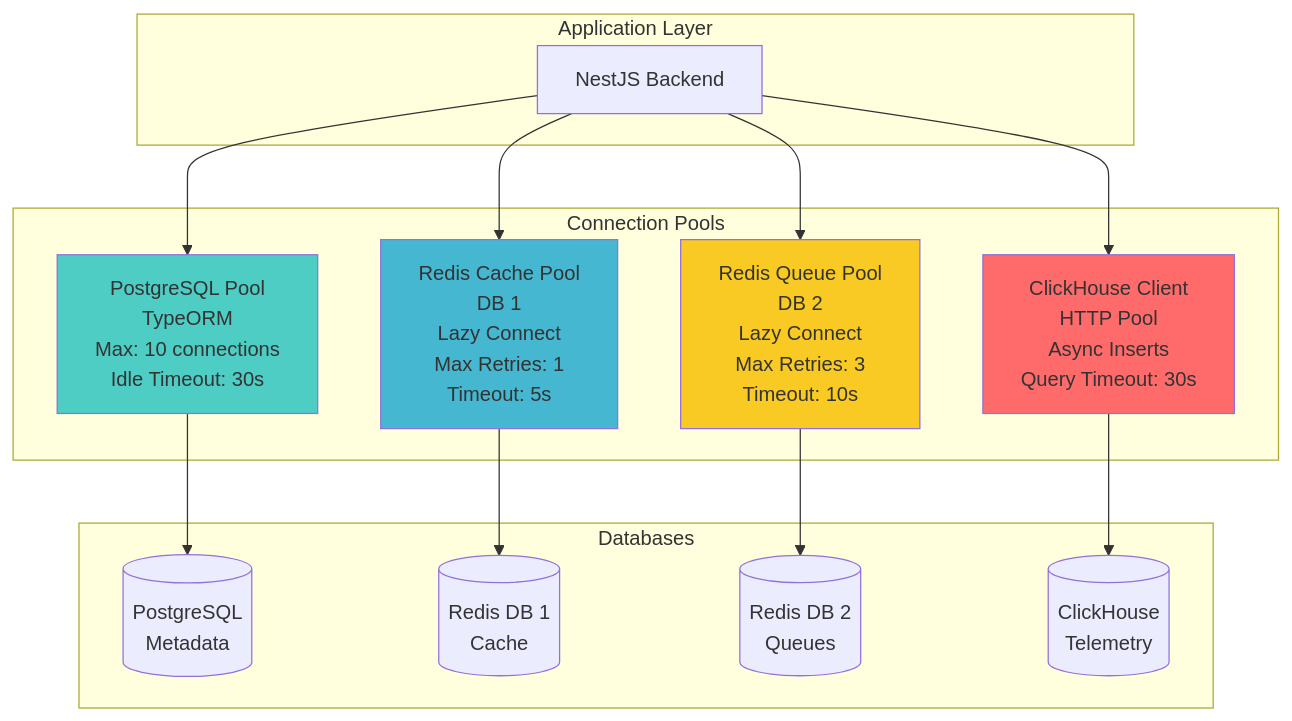
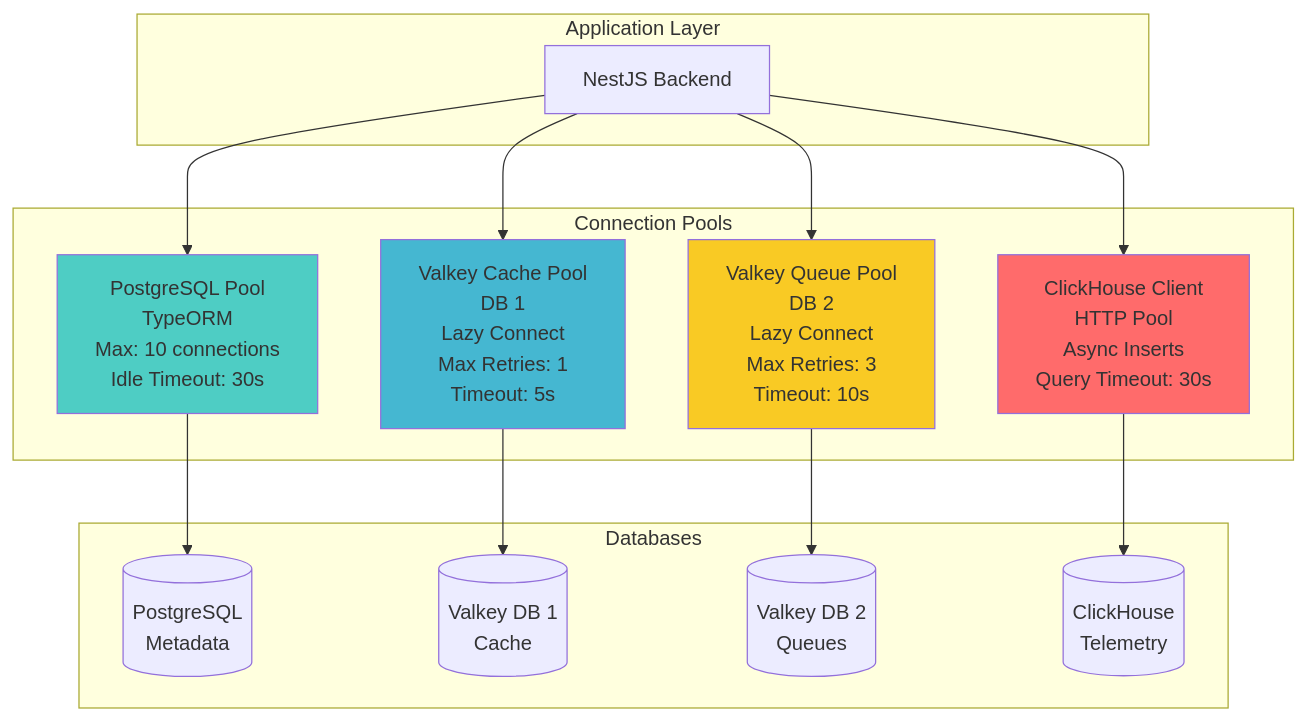
Diagram 30 of 54 in architecture/05-PERFORMANCE.md (telemetryflow/telemetryflow-overview), drawn with Mermaid before and after one commit. The commit also changed other lines of this file and 23 other files, not shown here.

First line of the commit message:
docs: relabel Redis->Valkey in architecture/diagrams/prose (follow-up sweep)

````diff
--- a/architecture/05-PERFORMANCE.md
+++ b/architecture/05-PERFORMANCE.md
@@ -1166,38 +1166,38 @@
 ```mermaid
 graph TB
     subgraph "Application Layer"
         A[NestJS Backend]
     end
 
     subgraph "Connection Pools"
         B[PostgreSQL Pool<br/>TypeORM<br/>Max: 10 connections<br/>Idle Timeout: 30s]
 
-        C[Redis Cache Pool<br/>DB 1<br/>Lazy Connect<br/>Max Retries: 1<br/>Timeout: 5s]
+        C[Valkey Cache Pool<br/>DB 1<br/>Lazy Connect<br/>Max Retries: 1<br/>Timeout: 5s]
 
-        D[Redis Queue Pool<br/>DB 2<br/>Lazy Connect<br/>Max Retries: 3<br/>Timeout: 10s]
+        D[Valkey Queue Pool<br/>DB 2<br/>Lazy Connect<br/>Max Retries: 3<br/>Timeout: 10s]
 
         E[ClickHouse Client<br/>HTTP Pool<br/>Async Inserts<br/>Query Timeout: 30s]
     end
 
     subgraph "Databases"
         F[(PostgreSQL<br/>Metadata)]
-        G[(Redis DB 1<br/>Cache)]
-        H[(Redis DB 2<br/>Queues)]
+        G[(Valkey DB 1<br/>Cache)]
+        H[(Valkey DB 2<br/>Queues)]
         I[(ClickHouse<br/>Telemetry)]
     end
 
     A --> B
     A --> C
     A --> D
     A --> E
 
     B --> F
     C --> G
     D --> H
     E --> I
 
     style B fill:#4ecdc4
     style C fill:#45b7d1
     style D fill:#f9ca24
     style E fill:#ff6b6b
 ```
````
